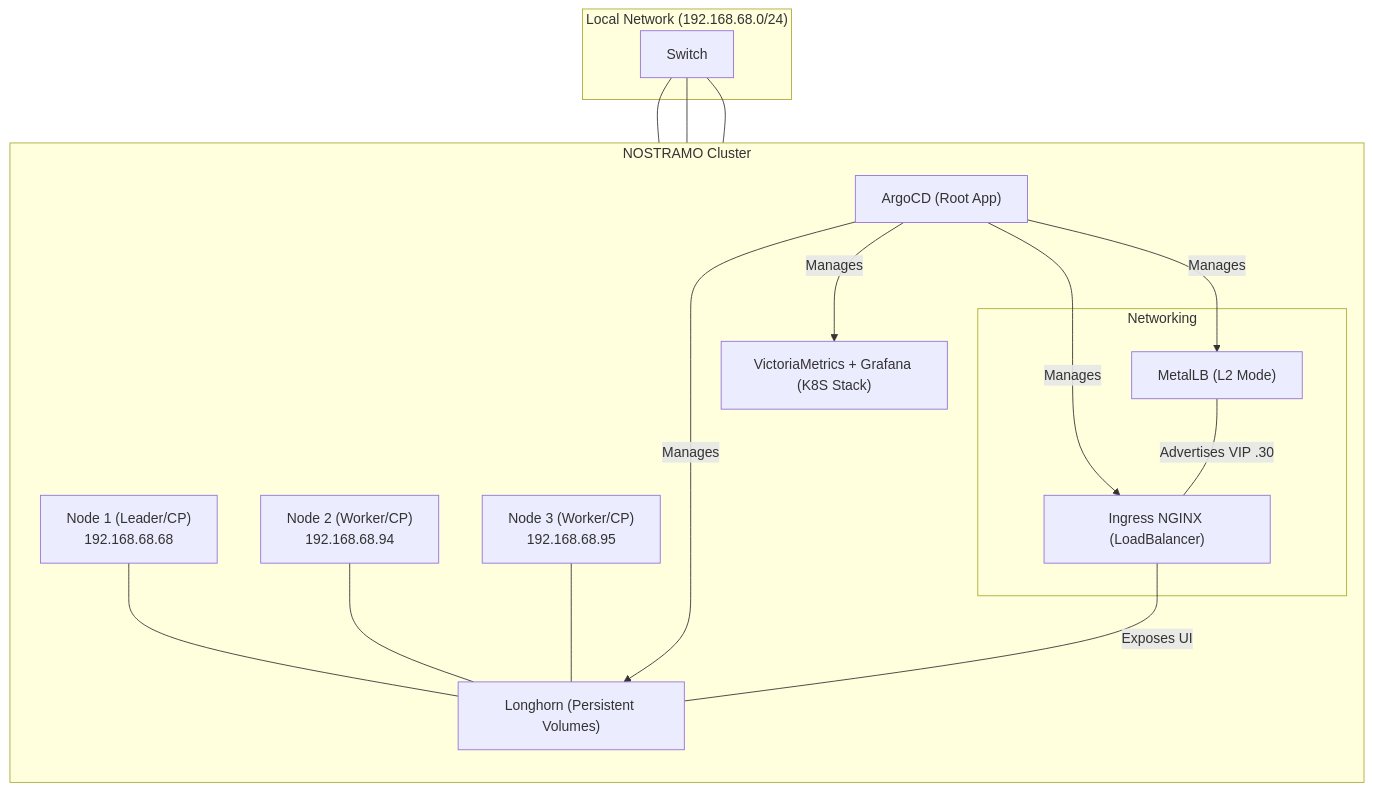
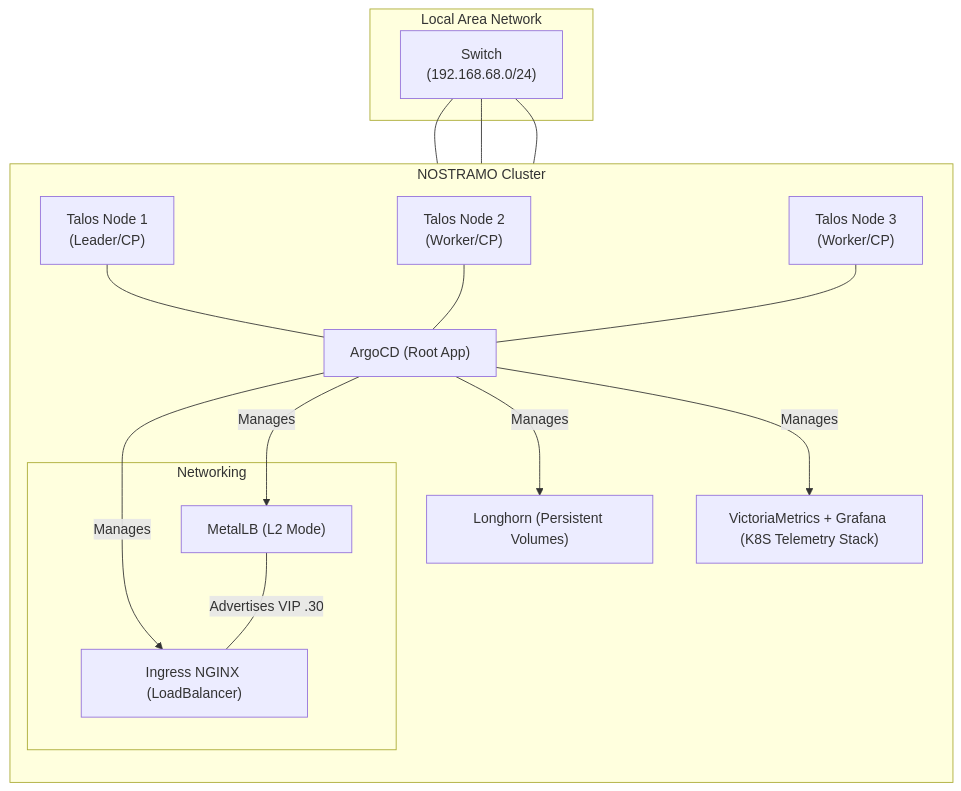
Before and after one commit to Kyleg142/nostramo-lab: the diagram in README.md, drawn with Mermaid.

Commit message:
Revise node names and descriptions in README

````diff
--- a/README.md
+++ b/README.md
@@ -4,38 +4,39 @@
 ```mermaid
 graph TD
-    subgraph LAN ["Local Network (192.168.68.0/24)"]
-        Switch["Switch"]
+    subgraph LAN ["Local Area Network"]
+        Switch["Switch</br>(192.168.68.0/24)"]
     end
 
     subgraph Cluster ["NOSTRAMO Cluster"]
         direction TB
-        Node1["Node 1 (Leader/CP) <br/> 192.168.68.68"]
-        Node2["Node 2 (Worker/CP) <br/> 192.168.68.94"]
-        Node3["Node 3 (Worker/CP) <br/> 192.168.68.95"]
+        Node1["Talos Node 1</br>(Leader/CP)"]
+        Node2["Talos Node 2</br>(Worker/CP)"]
+        Node3["Talos Node 3</br>(Worker/CP)"]
         
         Argo["ArgoCD (Root App)"]
+
         
+
         Longhorn["Longhorn (Persistent Volumes)"]
 
-        VM["VictoriaMetrics + Grafana (K8S Stack)"]
+        VM["VictoriaMetrics + Grafana (K8S Telemetry Stack)"]
         
         subgraph Networking ["Networking"]
             MetalLB["MetalLB (L2 Mode)"]
             Nginx["Ingress NGINX (LoadBalancer)"]
         end
     end
 
     %% Connections
     Switch --- Node1
     Switch --- Node2
     Switch --- Node3
     
-    Node1 & Node2 & Node3 --- Longhorn
+    Node1 & Node2 & Node3 --- Argo
     Argo -->|Manages| MetalLB
     Argo -->|Manages| Nginx
     Argo -->|Manages| Longhorn
     Argo -->|Manages| VM
     
     MetalLB ---|Advertises VIP .30| Nginx
-    Nginx ---|Exposes UI| Longhorn
 ```
````
